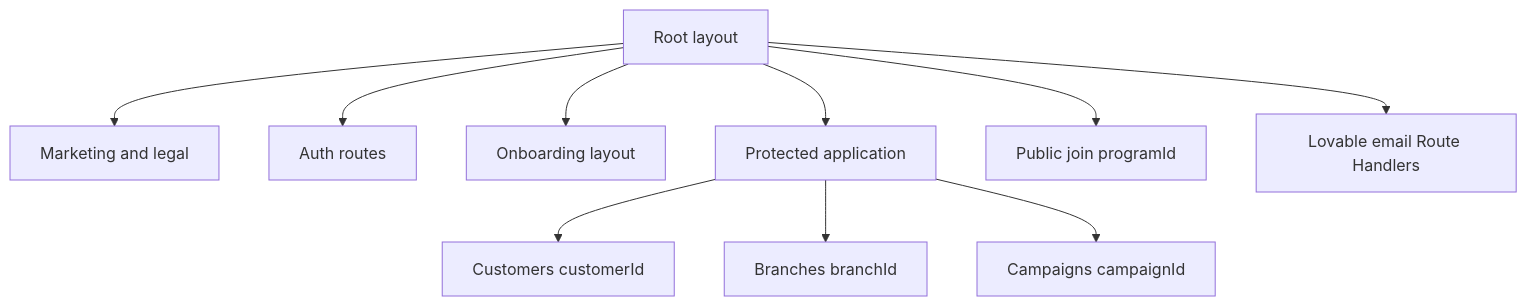
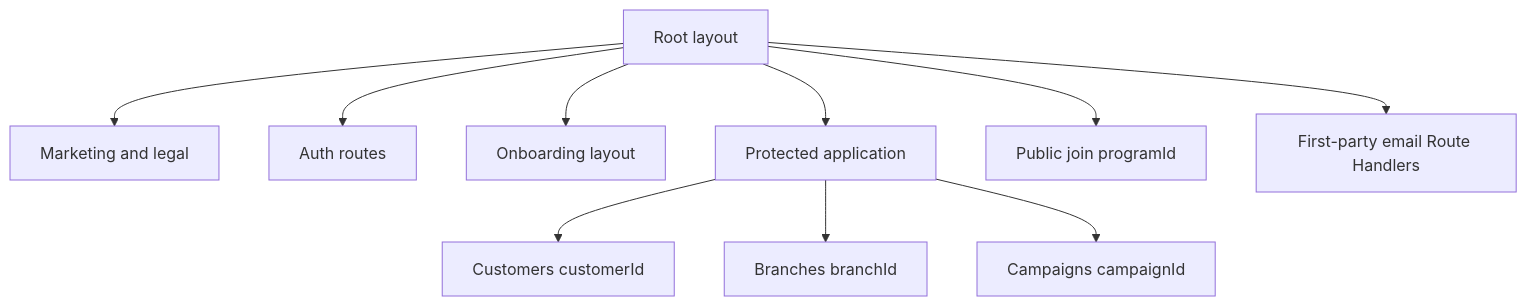
One commit to Ali-sherif/loyollo-web changed the diagram in docs/frontend/02-route-migration.md. Above: the diagram before and after it, drawn with Mermaid. The commit also changed other lines of this file and 17 other files, not shown here.

Commit message:
docs: update architecture documentation to reflect Lovable withdrawal and messaging adapter integration

````diff
--- a/docs/frontend/02-route-migration.md
+++ b/docs/frontend/02-route-migration.md
@@ -49,12 +51,12 @@
 ```mermaid
 flowchart TD
   Root[Root layout] --> Marketing[Marketing and legal]
   Root --> Auth[Auth routes]
   Root --> Onboarding[Onboarding layout]
   Root --> App[Protected application]
   Root --> Join[Public join programId]
-  Root --> Api[Lovable email Route Handlers]
+  Root --> Api[First-party email Route Handlers]
   App --> Customers[Customers customerId]
   App --> Branches[Branches branchId]
   App --> Campaigns[Campaigns campaignId]
 ```
````
